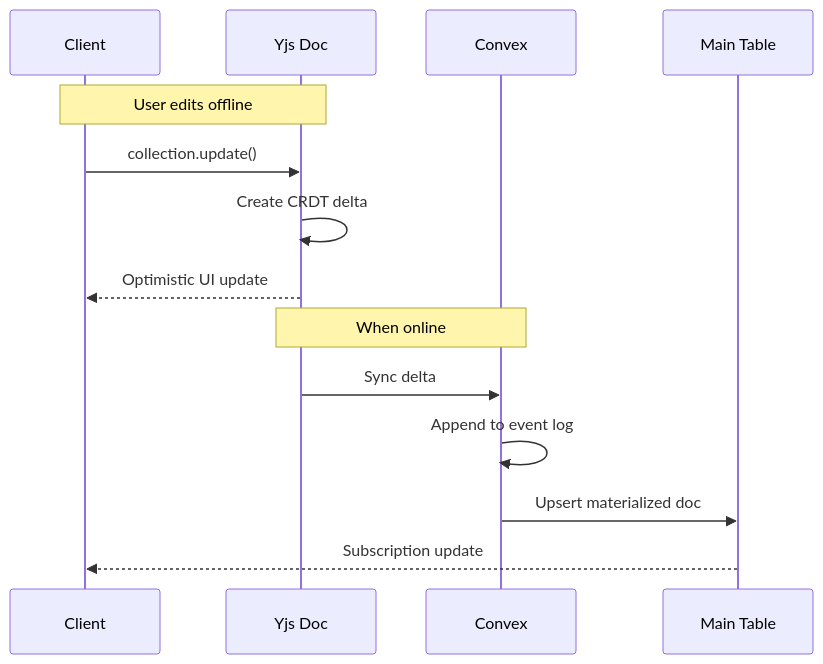
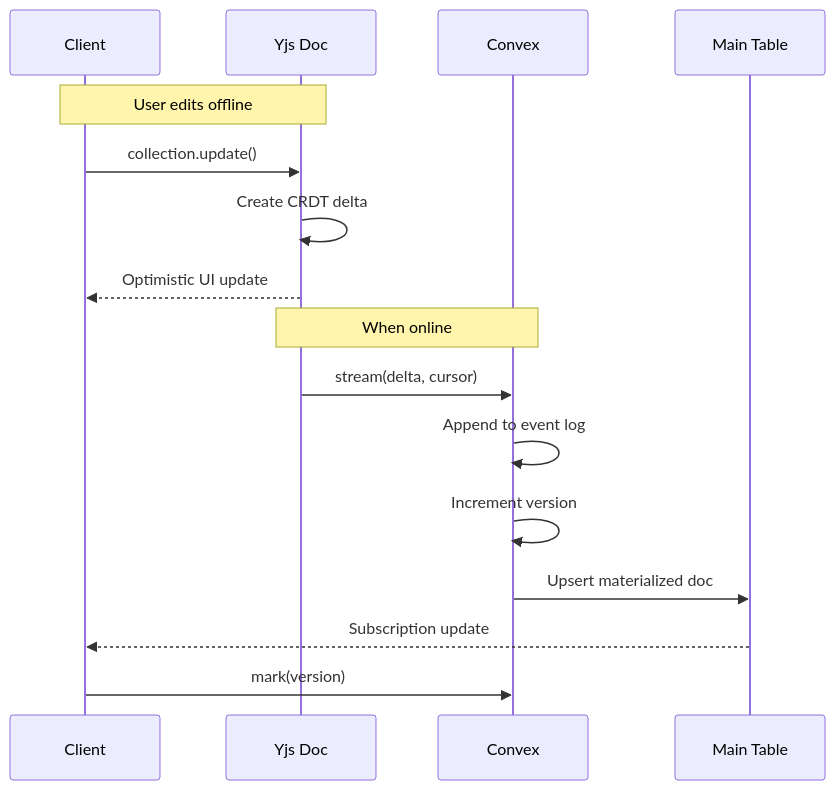
The third of 5 diagrams in journal/2024-12-17-replicate-local-first.md (robelest/robelest), drawn with Mermaid before and after one commit. The commit also changed other lines of this file, not shown here.

````diff
--- a/journal/2024-12-17-replicate-local-first.md
+++ b/journal/2024-12-17-replicate-local-first.md
@@ -374,18 +1436,20 @@
 ```mermaid
 sequenceDiagram
     participant C as Client
     participant Y as Yjs Doc
     participant S as Convex
     participant T as Main Table
 
     Note over C,Y: User edits offline
     C->>Y: collection.update()
     Y->>Y: Create CRDT delta
     Y-->>C: Optimistic UI update
 
     Note over Y,S: When online
-    Y->>S: Sync delta
+    Y->>S: stream(delta, cursor)
     S->>S: Append to event log
+    S->>S: Increment version
     S->>T: Upsert materialized doc
     T-->>C: Subscription update
+    C->>S: mark(version)
 ```
````
